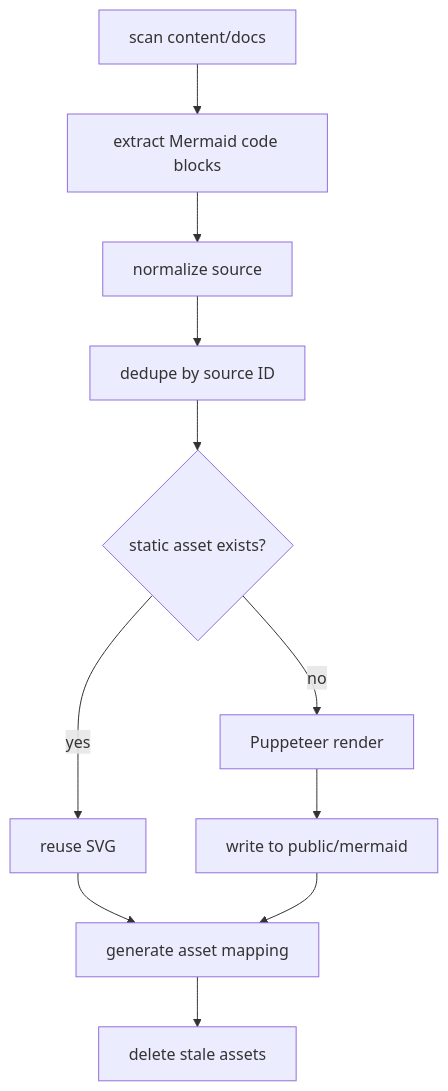
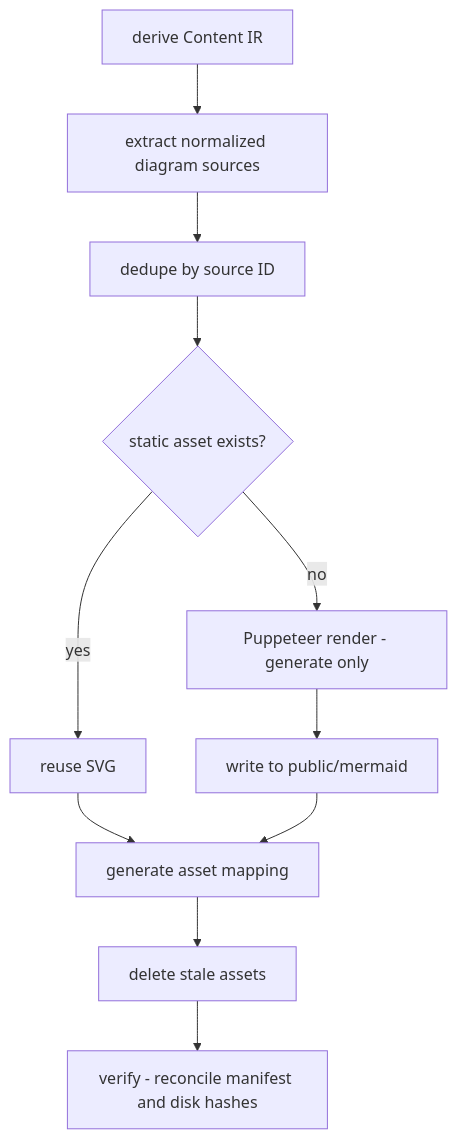
The diagram in content/docs/en/about/project/mermaid-performance.mdx (SSJ-ZYJ/Neoverse-Doc), drawn with Mermaid before and after one commit. The commit also changed other lines of this file and 36 other files, not shown here.

````diff
--- a/content/docs/en/about/project/mermaid-performance.mdx
+++ b/content/docs/en/about/project/mermaid-performance.mdx
@@ -28,13 +31,13 @@
 ```mermaid
 flowchart TD
-    A[scan content/docs] --> B[extract Mermaid code blocks]
-    B --> C[normalize source]
-    C --> D[dedupe by source ID]
-    D --> E{static asset exists?}
-    E -->|yes| F[reuse SVG]
-    E -->|no| G[Puppeteer render]
-    G --> H[write to public/mermaid]
-    F --> I[generate asset mapping]
-    H --> I
-    I --> J[delete stale assets]
+    A[derive Content IR] --> B[extract normalized diagram sources]
+    B --> C[dedupe by source ID]
+    C --> D{static asset exists?}
+    D -->|yes| E[reuse SVG]
+    D -->|no| F[Puppeteer render - generate only]
+    F --> G[write to public/mermaid]
+    E --> H[generate asset mapping]
+    G --> H
+    H --> I[delete stale assets]
+    I --> J[verify - reconcile manifest and disk hashes]
 ```
````
